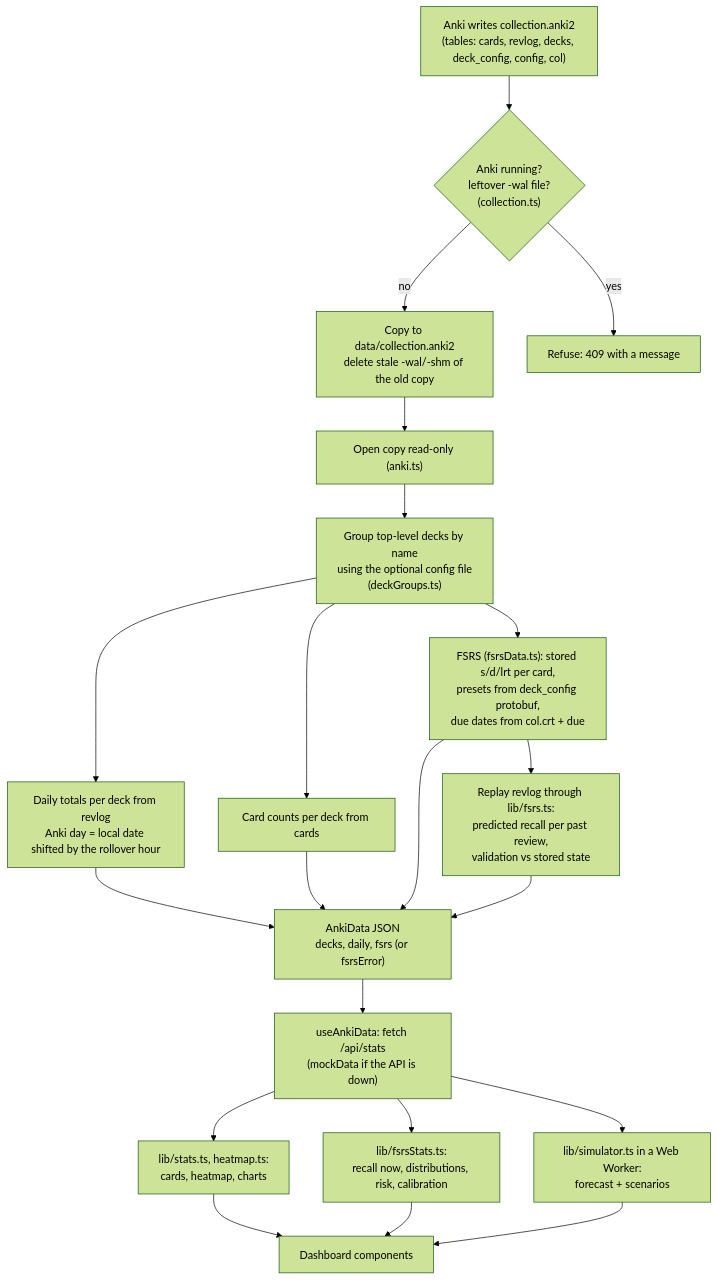
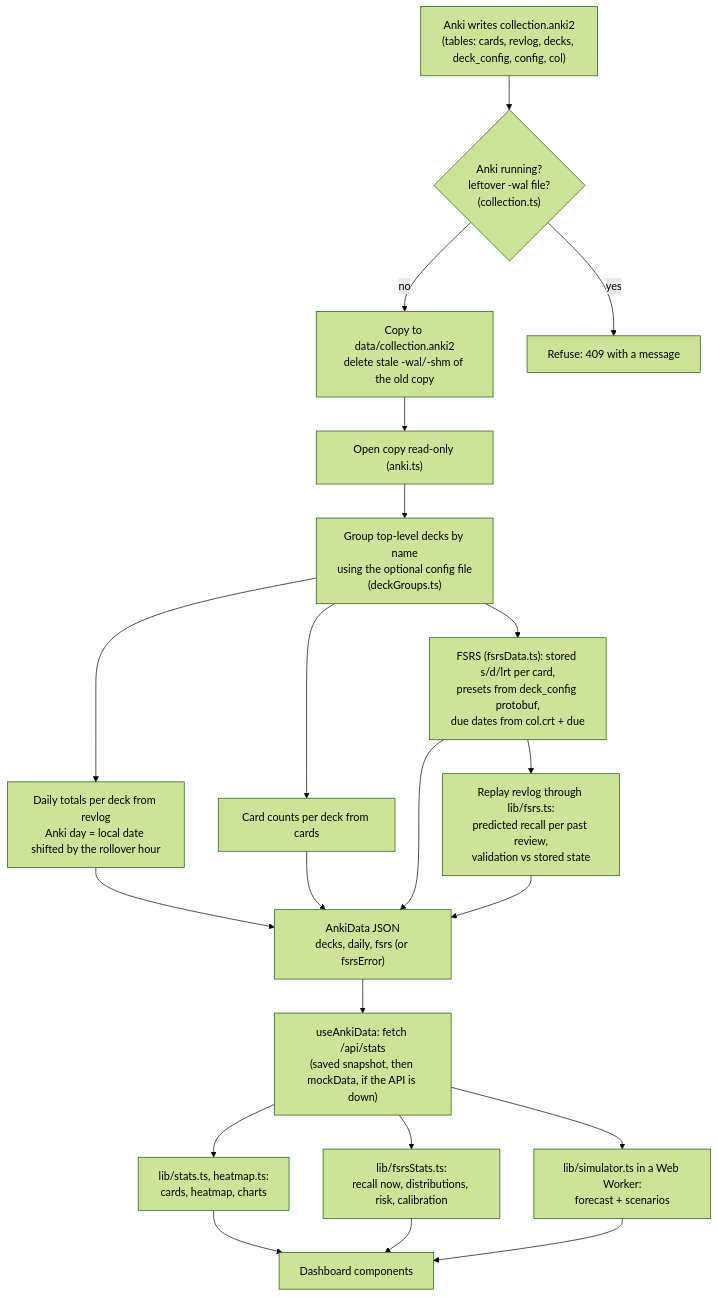
Before and after one commit to ChikazeVanRoy/anki-analytics: the second of 3 diagrams in ARCHITECTURE.md, drawn with Mermaid (forest theme). The commit also changed other lines of this file and 12 other files, not shown here.

First line of the commit message:
Save the stats to a snapshot file the API can serve

````diff
--- a/ARCHITECTURE.md
+++ b/ARCHITECTURE.md
@@ -93,35 +94,35 @@
 ```mermaid
 flowchart TD
   A["Anki writes collection.anki2<br/>(tables: cards, revlog, decks, deck_config, config, col)"]
   B{"Anki running?<br/>leftover -wal file?<br/>(collection.ts)"}
   C["Copy to data/collection.anki2<br/>delete stale -wal/-shm of the old copy"]
   X["Refuse: 409 with a message"]
   D["Open copy read-only (anki.ts)"]
   E["Group top-level decks by name<br/>using the optional config file<br/>(deckGroups.ts)"]
   F["Daily totals per deck from revlog<br/>Anki day = local date shifted by the rollover hour"]
   G["Card counts per deck from cards"]
   H["FSRS (fsrsData.ts): stored s/d/lrt per card,<br/>presets from deck_config protobuf,<br/>due dates from col.crt + due"]
   I["Replay revlog through lib/fsrs.ts:<br/>predicted recall per past review,<br/>validation vs stored state"]
   J["AnkiData JSON<br/>decks, daily, fsrs (or fsrsError)"]
-  K["useAnkiData: fetch /api/stats<br/>(mockData if the API is down)"]
+  K["useAnkiData: fetch /api/stats<br/>(saved snapshot, then mockData, if the API is down)"]
   L["lib/stats.ts, heatmap.ts:<br/>cards, heatmap, charts"]
   M["lib/fsrsStats.ts:<br/>recall now, distributions, risk, calibration"]
   N["lib/simulator.ts in a Web Worker:<br/>forecast + scenarios"]
   O["Dashboard components"]
 
   A --> B
   B -- "no" --> C
   B -- "yes" --> X
   C --> D --> E
   E --> F
   E --> G
   E --> H --> I
   F --> J
   G --> J
   H --> J
   I --> J
   J --> K
   K --> L --> O
   K --> M --> O
   K --> N --> O
 ```
````
